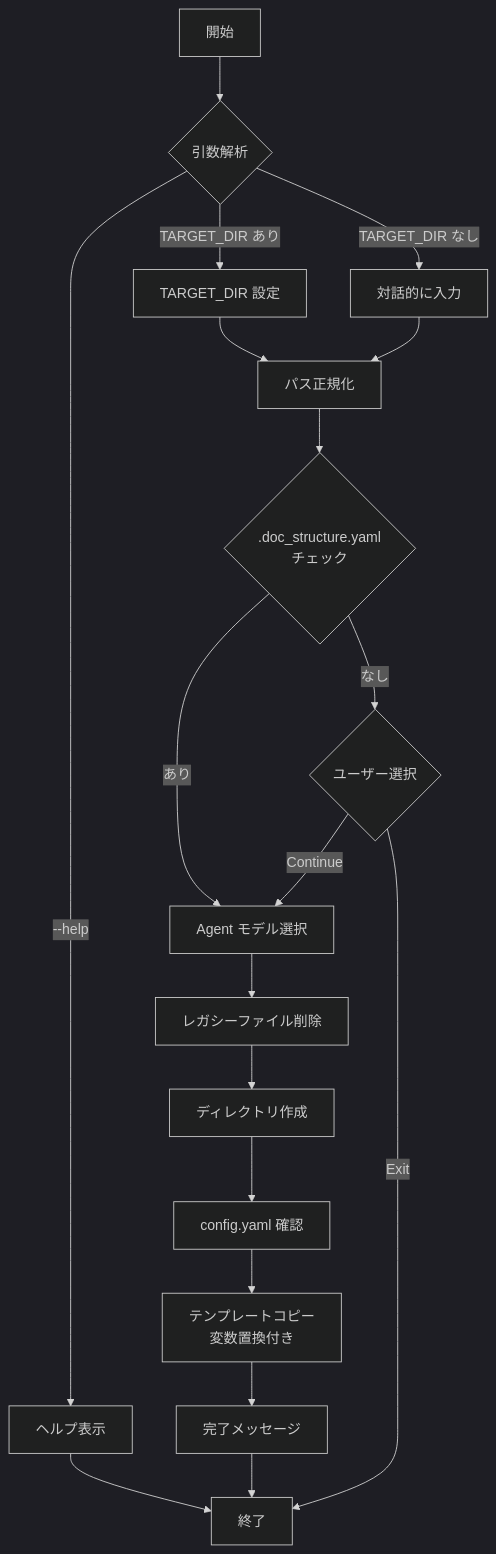
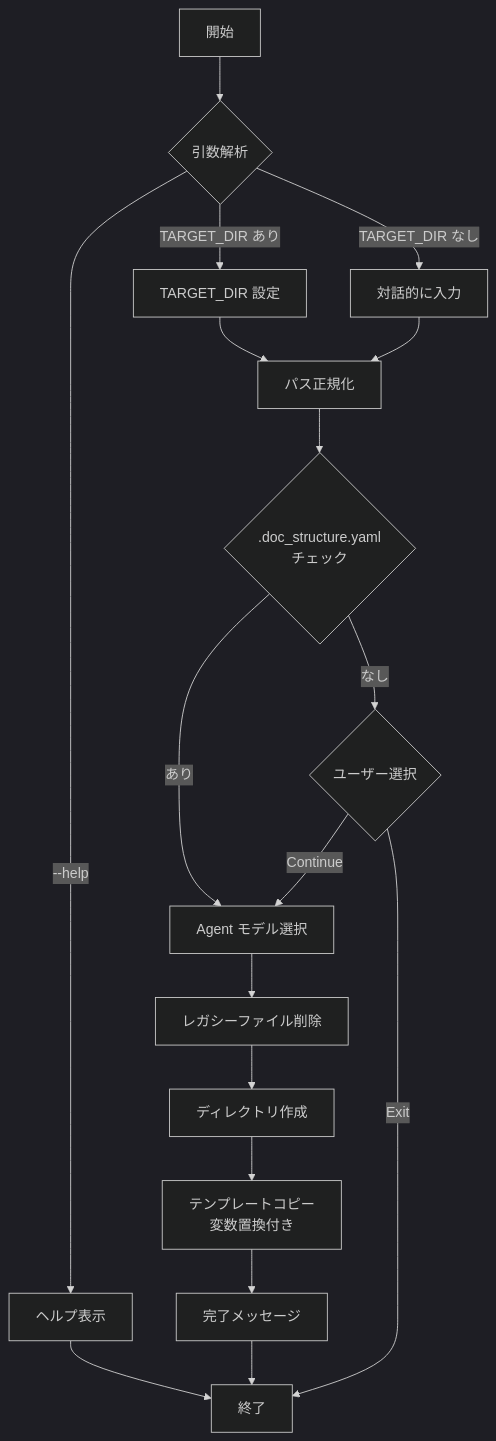
One commit to BlueEventHorizon/DocAdvisor-CC changed the diagram in specs/design/DES-001_setup_script.md. Above: the diagram before and after it, drawn with Mermaid (dark theme). The commit also changed other lines of this file and 24 other files, not shown here.

First line of the commit message:
refactor: abolish config.yaml, use .doc_structure.yaml + code defaults

````diff
--- a/specs/design/DES-001_setup_script.md
+++ b/specs/design/DES-001_setup_script.md
@@ -46,24 +45,23 @@
 ```mermaid
 flowchart TD
     A[開始] --> B{引数解析}
     B -->|--help| C[ヘルプ表示] --> Z[終了]
     B -->|TARGET_DIR あり| D[TARGET_DIR 設定]
     B -->|TARGET_DIR なし| E[対話的に入力]
 
     D --> F[パス正規化]
     E --> F
 
     F --> F2{.doc_structure.yaml<br>チェック}
     F2 -->|あり| G[Agent モデル選択]
     F2 -->|なし| F3{ユーザー選択}
     F3 -->|Continue| G
     F3 -->|Exit| Z
 
     G --> H[レガシーファイル削除]
 
     H --> I[ディレクトリ作成]
-    I --> J[config.yaml 確認]
-    J --> K[テンプレートコピー<br>変数置換付き]
+    I --> K[テンプレートコピー<br>変数置換付き]
     K --> M[完了メッセージ]
     M --> Z
 ```
````
